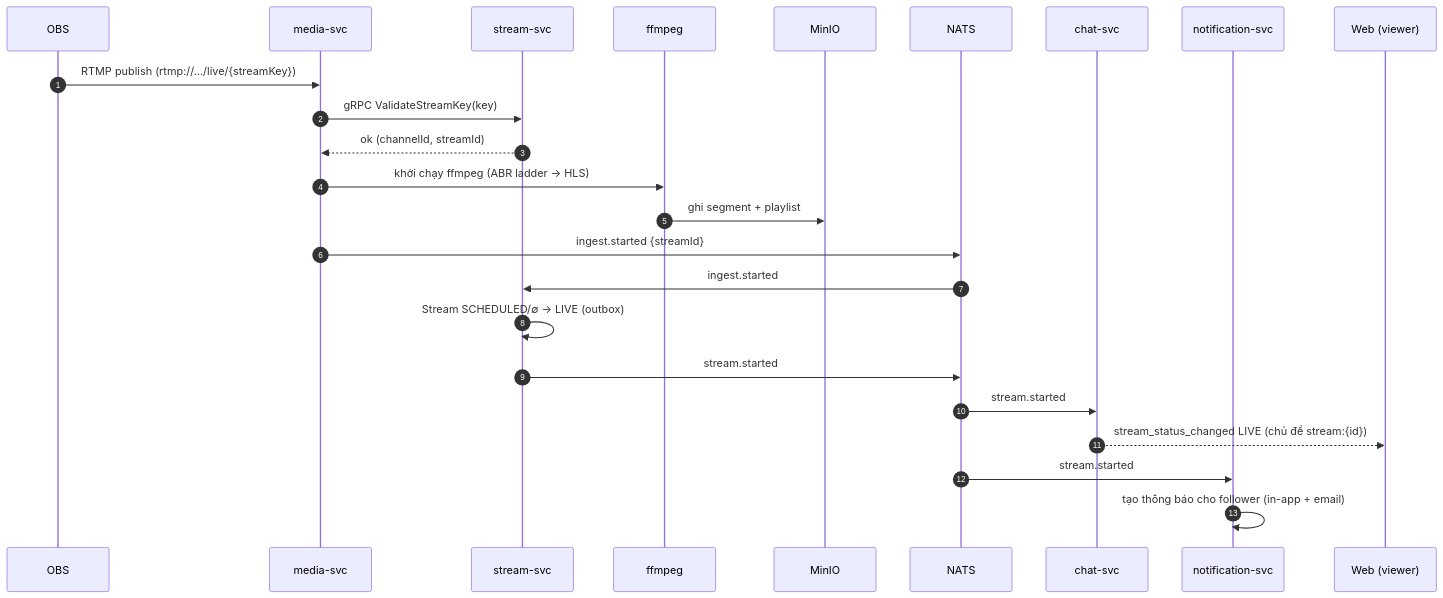
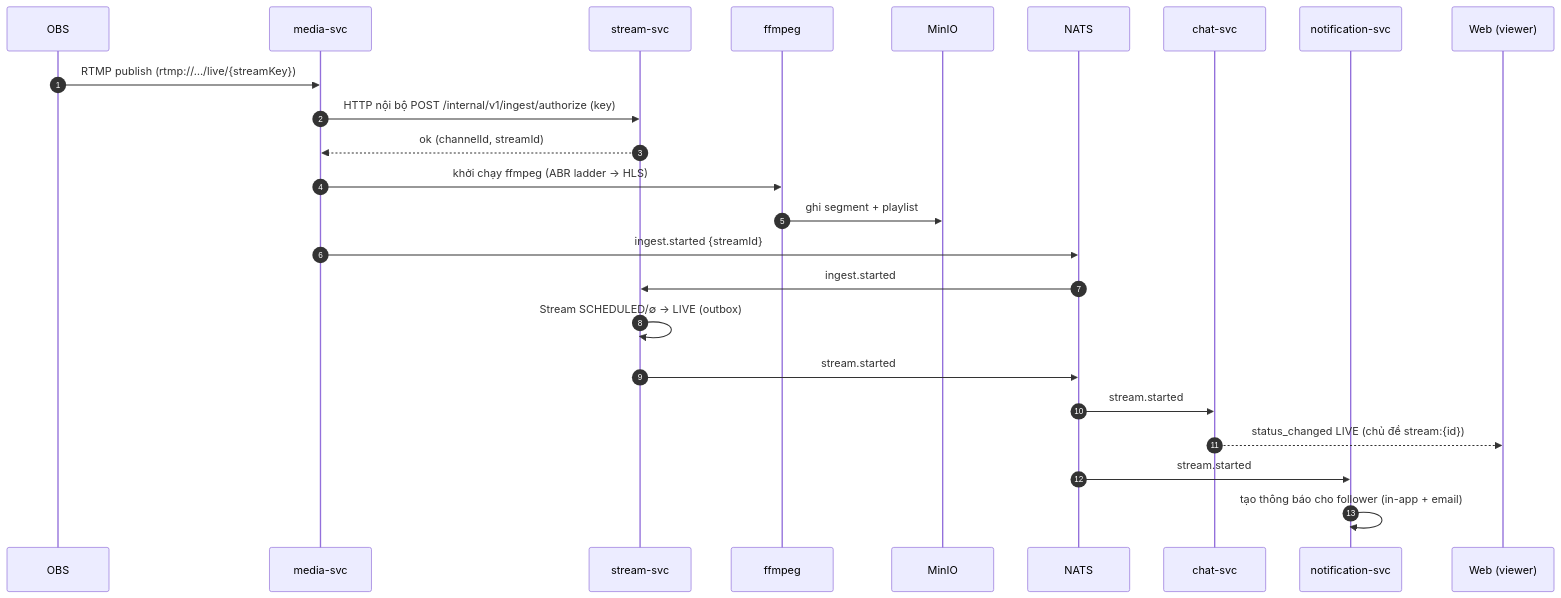
One commit to XiaoChaoMing/nexus-be changed the third of 7 diagrams in docs/architecture/system-architecture.md. Above: the diagram before and after it, drawn with Mermaid. The commit also changed other lines of this file and 4 other files, not shown here.

Commit message:
docs: guest chat and OBS overlay in features, ADR-017/018, data model and API; align the architecture doc with the code

````diff
--- a/docs/architecture/system-architecture.md
+++ b/docs/architecture/system-architecture.md
@@ -202,27 +218,27 @@
 ```mermaid
 sequenceDiagram
     autonumber
     participant OBS
     participant M as media-svc
     participant S as stream-svc
     participant F as ffmpeg
     participant O as MinIO
     participant N as NATS
     participant C as chat-svc
     participant NT as notification-svc
     participant W as Web (viewer)
 
     OBS->>M: RTMP publish (rtmp://…/live/{streamKey})
-    M->>S: gRPC ValidateStreamKey(key)
+    M->>S: HTTP nội bộ POST /internal/v1/ingest/authorize (key)
     S-->>M: ok (channelId, streamId)
     M->>F: khởi chạy ffmpeg (ABR ladder → HLS)
     F->>O: ghi segment + playlist
     M->>N: ingest.started {streamId}
     N->>S: ingest.started
     S->>S: Stream SCHEDULED/∅ → LIVE (outbox)
     S->>N: stream.started
     N->>C: stream.started
-    C-->>W: stream_status_changed LIVE (chủ đề stream:{id})
+    C-->>W: status_changed LIVE (chủ đề stream:{id})
     N->>NT: stream.started
     NT->>NT: tạo thông báo cho follower (in-app + email)
 ```
````
